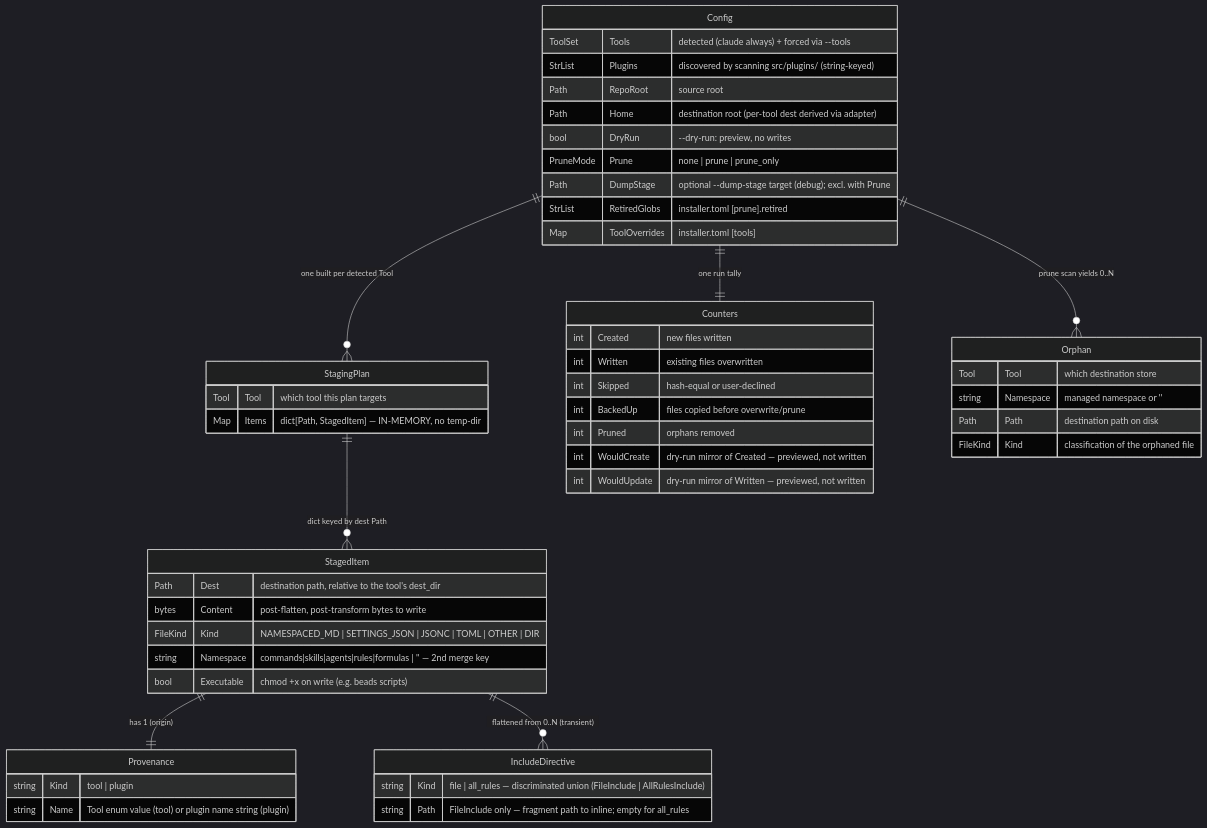
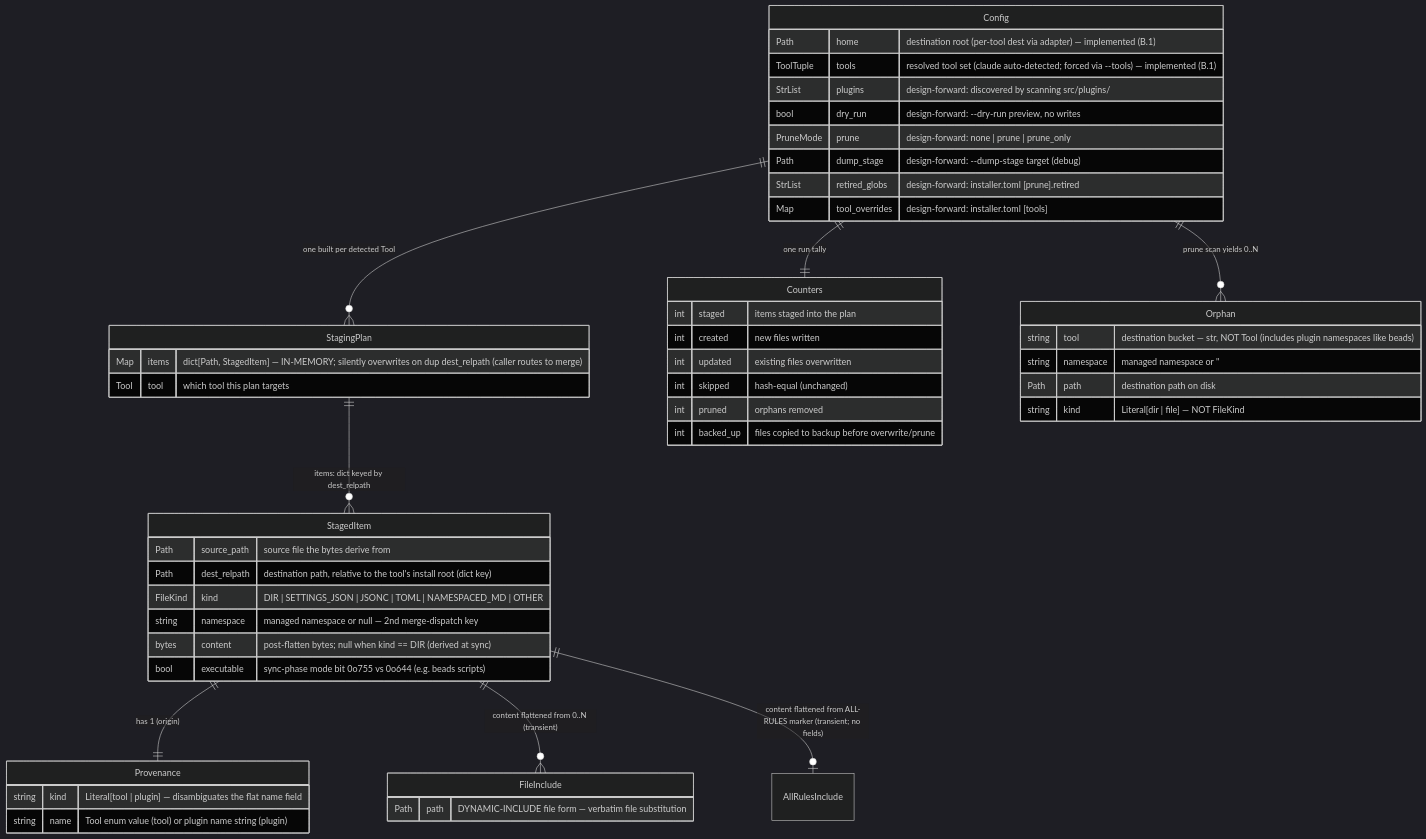
Before and after one commit to scotthamilton77/agents-config: the first of 2 diagrams in docs/architecture/installer/data-view.md, drawn with Mermaid (dark theme). The commit also changed other lines of this file and 1 other file, not shown here.

Commit message:
fix(installer-hld): align data-view + sequences to implemented model.py (PR #117)
Copilot review caught the HLD diagrams contradicting the already-implemented core/model.py. Align to ground truth: Counters fields (staged/created/updated/skipped/pruned/backed_up — drop invented WouldCreate/WouldUpdate/Written/BackedUp); Orphan.tool is str (plugin namespaces), Orphan.kind is Literal[dir|file] not FileKind; full ER snake_case to match the dataclasses. Mark design-forward elements honestly: Config is built incrementally (home+tools today), and core/merge/registry.py is Epic E (not yet built) — the dispatch table is design intent, not a claim about current code.

````diff
--- a/docs/architecture/installer/data-view.md
+++ b/docs/architecture/installer/data-view.md
@@ -34,61 +36,60 @@
 ```mermaid
 erDiagram
     Config      ||--o{ StagingPlan      : "one built per detected Tool"
-    StagingPlan ||--o{ StagedItem       : "dict keyed by dest Path"
-    StagedItem  ||--|| Provenance       : "has 1 (origin)"
-    StagedItem  ||--o{ IncludeDirective : "flattened from 0..N (transient)"
-    Config      ||--|| Counters         : "one run tally"
-    Config      ||--o{ Orphan           : "prune scan yields 0..N"
+    StagingPlan ||--o{ StagedItem       : "items: dict keyed by dest_relpath"
+    StagedItem  ||--|| Provenance        : "has 1 (origin)"
+    StagedItem  ||--o{ FileInclude       : "content flattened from 0..N (transient)"
+    StagedItem  ||--o| AllRulesInclude   : "content flattened from ALL-RULES marker (transient; no fields)"
+    Config      ||--|| Counters          : "one run tally"
+    Config      ||--o{ Orphan            : "prune scan yields 0..N"
 
     Config {
-        ToolSet  Tools          "detected (claude always) + forced via --tools"
-        StrList  Plugins        "discovered by scanning src/plugins/ (string-keyed)"
-        Path     RepoRoot       "source root"
-        Path     Home           "destination root (per-tool dest derived via adapter)"
-        bool     DryRun         "--dry-run: preview, no writes"
-        PruneMode Prune         "none | prune | prune_only"
-        Path     DumpStage      "optional --dump-stage target (debug); excl. with Prune"
-        StrList  RetiredGlobs   "installer.toml [prune].retired"
-        Map      ToolOverrides  "installer.toml [tools]"
+        Path      home           "destination root (per-tool dest via adapter) — implemented (B.1)"
+        ToolTuple tools          "resolved tool set (claude auto-detected; forced via --tools) — implemented (B.1)"
+        StrList   plugins        "design-forward: discovered by scanning src/plugins/"
+        bool      dry_run        "design-forward: --dry-run preview, no writes"
+        PruneMode prune          "design-forward: none | prune | prune_only"
+        Path      dump_stage     "design-forward: --dump-stage target (debug)"
+        StrList   retired_globs  "design-forward: installer.toml [prune].retired"
+        Map       tool_overrides "design-forward: installer.toml [tools]"
     }
 
     StagingPlan {
-        Tool Tool                "which tool this plan targets"
-        Map  Items               "dict[Path, StagedItem] — IN-MEMORY, no temp-dir"
+        Map  items  "dict[Path, StagedItem] — IN-MEMORY; silently overwrites on dup dest_relpath (caller routes to merge)"
+        Tool tool   "which tool this plan targets"
     }
 
     StagedItem {
-        Path     Dest        "destination path, relative to the tool's dest_dir"
-        bytes    Content     "post-flatten, post-transform bytes to write"
-        FileKind Kind        "NAMESPACED_MD | SETTINGS_JSON | JSONC | TOML | OTHER | DIR"
-        string   Namespace   "commands|skills|agents|rules|formulas | '' — 2nd merge key"
-        bool     Executable  "chmod +x on write (e.g. beads scripts)"
+        Path     source_path   "source file the bytes derive from"
+        Path     dest_relpath  "destination path, relative to the tool's install root (dict key)"
+        FileKind kind          "DIR | SETTINGS_JSON | JSONC | TOML | NAMESPACED_MD | OTHER"
+        string   namespace     "managed namespace or null — 2nd merge-dispatch key"
+        bytes    content       "post-flatten bytes; null when kind == DIR (derived at sync)"
+        bool     executable    "sync-phase mode bit 0o755 vs 0o644 (e.g. beads scripts)"
     }
 
     Provenance {
-        string Kind  "tool | plugin"
-        string Name  "Tool enum value (tool) or plugin name string (plugin)"
+        string kind  "Literal[tool | plugin] — disambiguates the flat name field"
+        string name  "Tool enum value (tool) or plugin name string (plugin)"
     }
 
-    IncludeDirective {
-        string Kind  "file | all_rules — discriminated union (FileInclude | AllRulesInclude)"
-        string Path  "FileInclude only — fragment path to inline; empty for all_rules"
+    FileInclude {
+        Path path  "DYNAMIC-INCLUDE file form — verbatim file substitution"
     }
 
     Orphan {
-        Tool     Tool       "which destination store"
-        string   Namespace  "managed namespace or ''"
-        Path     Path       "destination path on disk"
-        FileKind Kind        "classification of the orphaned file"
+        string tool       "destination bucket — str, NOT Tool (includes plugin namespaces like beads)"
+        string namespace  "managed namespace or ''"
+        Path   path       "destination path on disk"
+        string kind       "Literal[dir | file] — NOT FileKind"
     }
 
     Counters {
-        int Created     "new files written"
-        int Written     "existing files overwritten"
-        int Skipped     "hash-equal or user-declined"
-        int BackedUp    "files copied before overwrite/prune"
-        int Pruned      "orphans removed"
-        int WouldCreate "dry-run mirror of Created — previewed, not written"
-        int WouldUpdate "dry-run mirror of Written — previewed, not written"
+        int staged     "items staged into the plan"
+        int created    "new files written"
+        int updated    "existing files overwritten"
+        int skipped    "hash-equal (unchanged)"
+        int pruned     "orphans removed"
+        int backed_up  "files copied to backup before overwrite/prune"
     }
 ```
````
